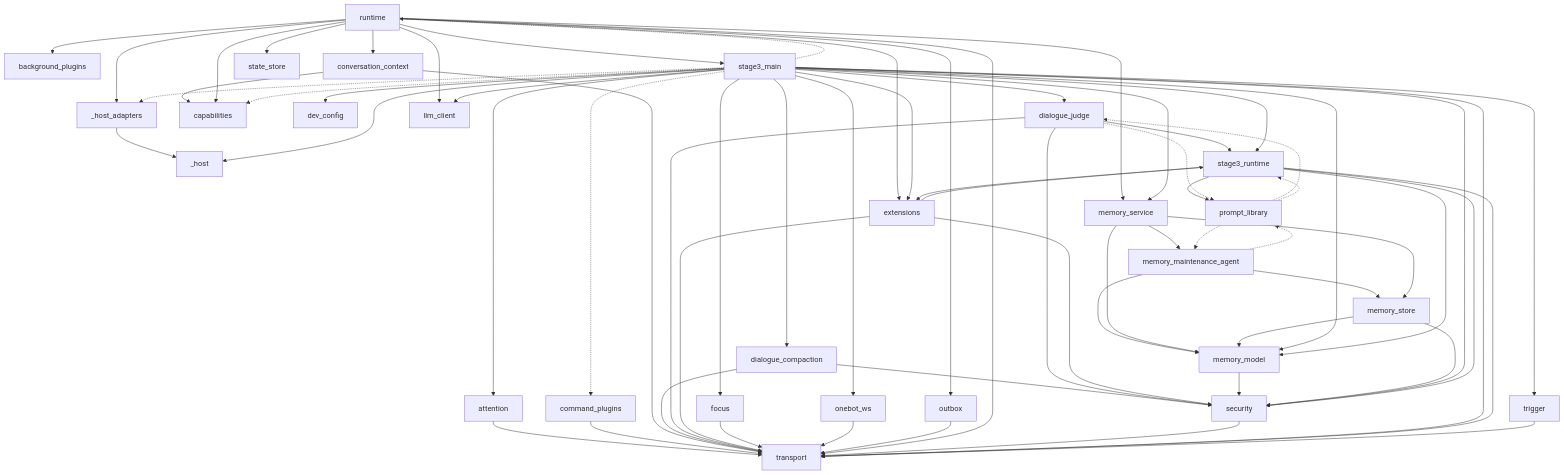
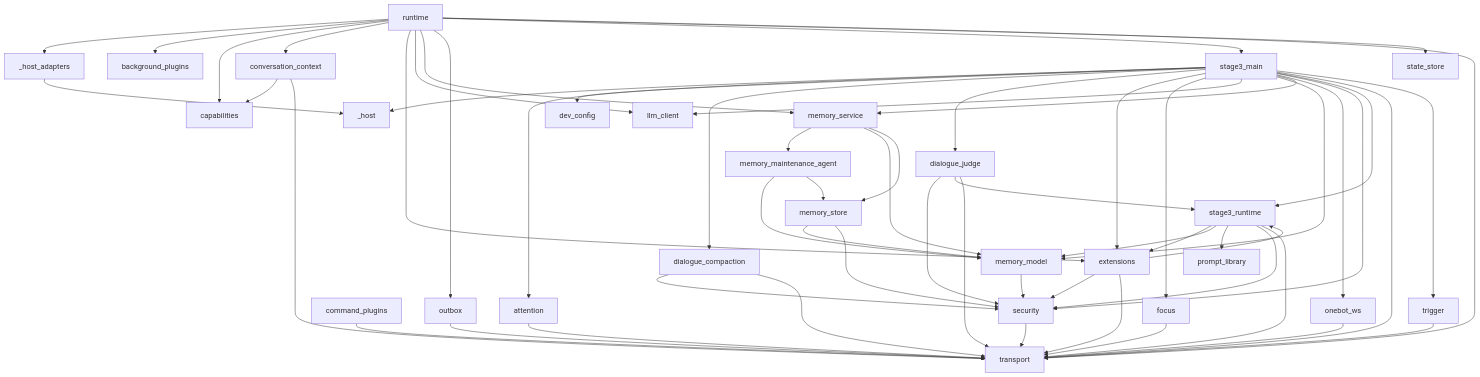
Before and after one commit to xuzhunzhi/YunRu-ChatBot: the first of 5 diagrams in docs/GRAPH.md, drawn with Mermaid. The commit also changed other lines of this file and 10 other files, not shown here.

First line of the commit message:
docs: 图的排版修好——只画顶层 import，PNG 替代 SVG

```diff
--- a/docs/GRAPH.md
+++ b/docs/GRAPH.md
@@ -301,15 +97,6 @@
     n_stage3_runtime --> n_security
     n_stage3_runtime --> n_transport
     n_trigger --> n_transport
-    n_dialogue_judge -.-> n_prompt_library
-    n_memory_maintenance_agent -.-> n_prompt_library
-    n_prompt_library -.-> n_dialogue_judge
-    n_prompt_library -.-> n_memory_maintenance_agent
-    n_prompt_library -.-> n_stage3_runtime
-    n_stage3_main -.-> n__host_adapters
-    n_stage3_main -.-> n_capabilities
-    n_stage3_main -.-> n_command_plugins
-    n_stage3_main -.-> n_runtime
 
 classDef bottom fill:#dbe9f8,stroke:#1f5691,color:#123
 classDef stage3 fill:#def2de,stroke:#246a34,color:#132
```
